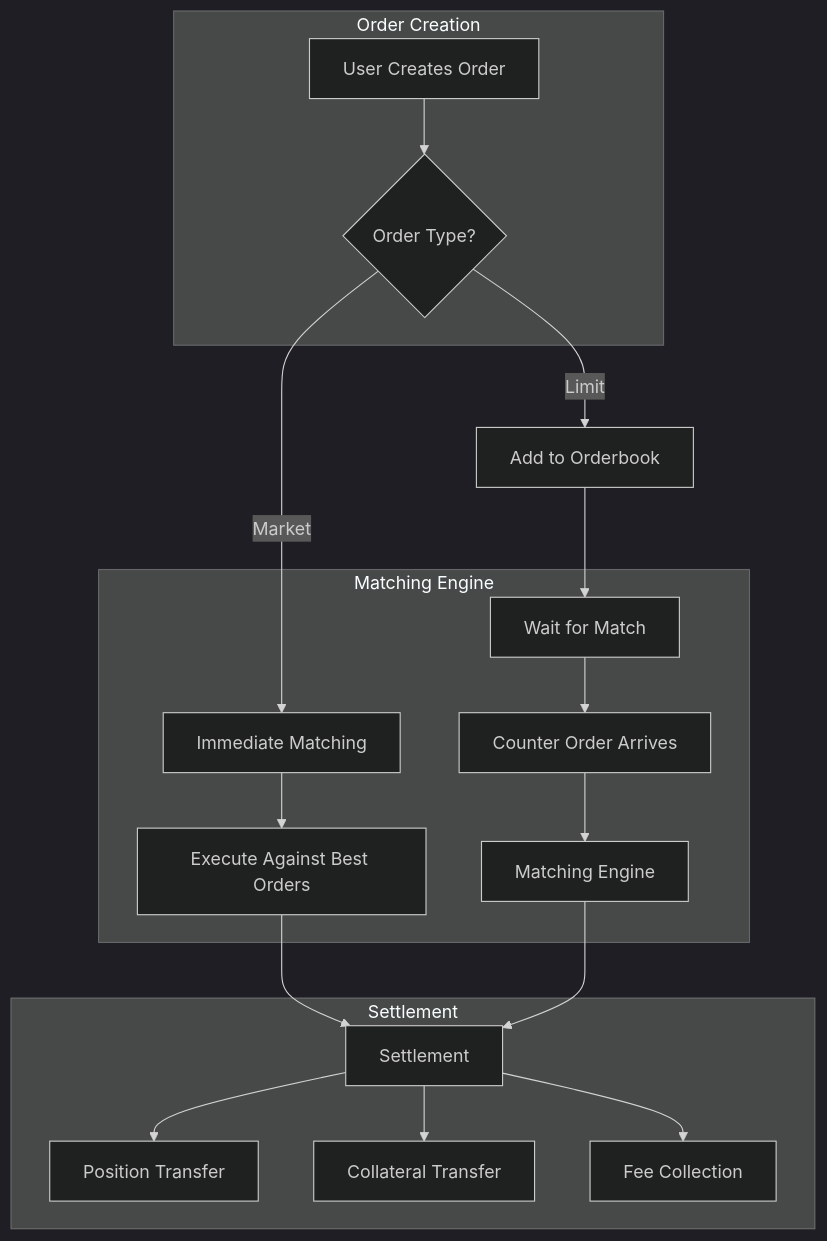
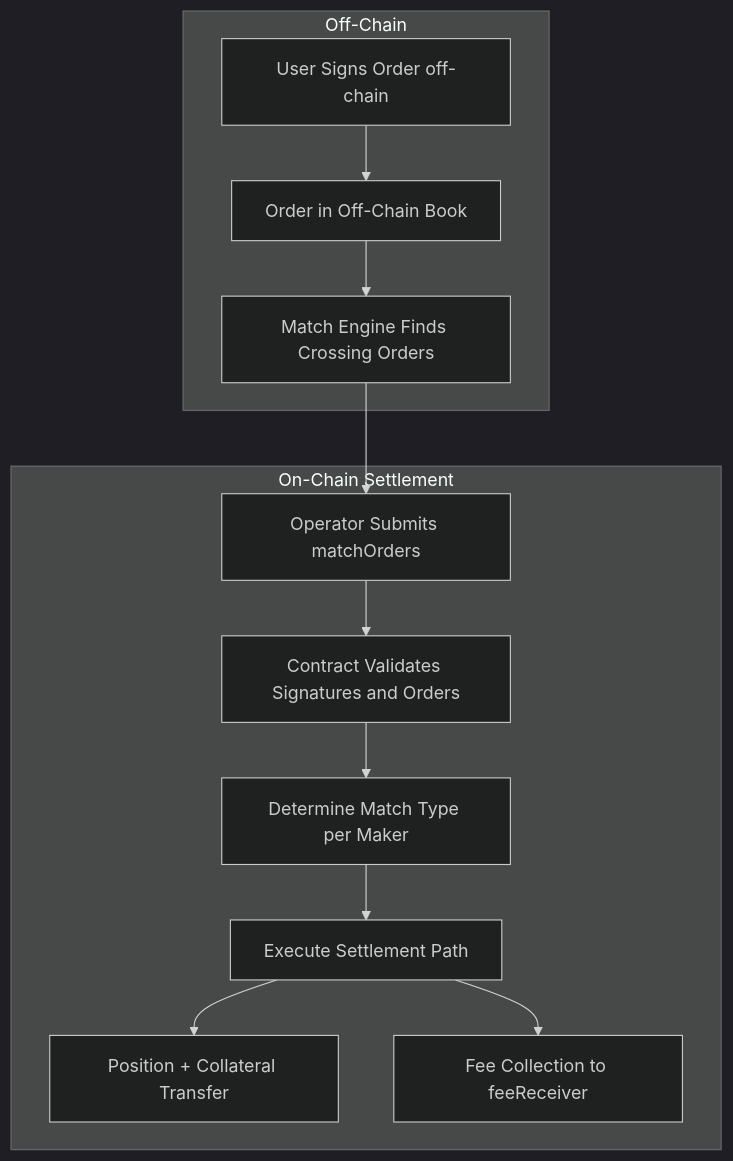
The first of 2 diagrams in docs/flows/ORDER_LIFECYCLE.md (Doefin/doefin-v2), drawn with Mermaid (dark theme) before and after one commit. The commit also changed other lines of this file and 8 other files, not shown here.

First line of the commit message:
docs: refresh architecture and flow docs for v3 contract state

````diff
--- a/docs/flows/ORDER_LIFECYCLE.md
+++ b/docs/flows/ORDER_LIFECYCLE.md
@@ -12,38 +16,26 @@
 ```mermaid
 graph TD
-    A[User Creates Order] --> B{Order Type?}
-    B -->|Market| C[Immediate Matching]
-    B -->|Limit| D[Add to Orderbook]
-    
-    C --> E[Execute Against Best Orders]
-    E --> F[Settlement]
-    
-    D --> G[Wait for Match]
-    G --> H[Counter Order Arrives]
-    H --> I[Matching Engine]
-    I --> F
-    
-    F --> J[Position Transfer]
-    F --> K[Collateral Transfer]
-    F --> L[Fee Collection]
-    
-    subgraph "Order Creation"
+    A[User Signs Order off-chain] --> B[Order in Off-Chain Book]
+    B --> C[Match Engine Finds Crossing Orders]
+    C --> D[Operator Submits matchOrders]
+    D --> E[Contract Validates Signatures and Orders]
+    E --> F[Determine Match Type per Maker]
+    F --> G[Execute Settlement Path]
+    G --> H[Position + Collateral Transfer]
+    G --> I[Fee Collection to feeReceiver]
+
+    subgraph "Off-Chain"
         A
         B
+        C
     end
-    
-    subgraph "Matching Engine"
-        C
+
+    subgraph "On-Chain Settlement"
+        D
         E
+        F
         G
         H
         I
     end
-    
-    subgraph "Settlement"
-        F
-        J
-        K
-        L
-    end
 ```
````
